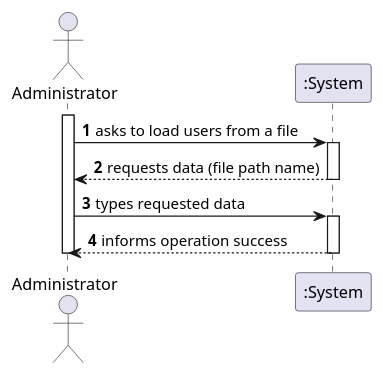
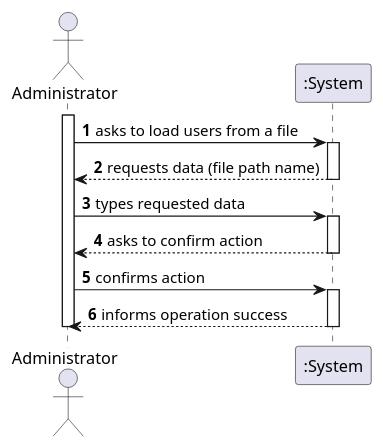
One commit to miseEnPlace-i/lapr2 changed the diagram in docs/SprintC/US14/SSD/US14_SSD.puml. Above: the diagram before and after it, drawn with PlantUML. The commit also changed 1 other file, not shown here.

```diff
--- a/docs/SprintC/US14/SSD/US14_SSD.puml
+++ b/docs/SprintC/US14/SSD/US14_SSD.puml
@@ -1,18 +1,23 @@
 @startuml
 autonumber
 actor "Administrator" as ADMIN
 
 activate ADMIN
 ADMIN -> ":System" : asks to load users from a file
 activate ":System"
 ":System" --> ADMIN : requests data (file path name)
 deactivate ":System"
 
 ADMIN -> ":System" : types requested data
 activate ":System"
+":System" --> ADMIN : asks to confirm action
+deactivate ":System"
+
+ADMIN -> ":System" : confirms action
+activate ":System"
 ":System" --> ADMIN : informs operation success
 deactivate ":System"
 
 deactivate ADMIN
 
 @enduml
```
